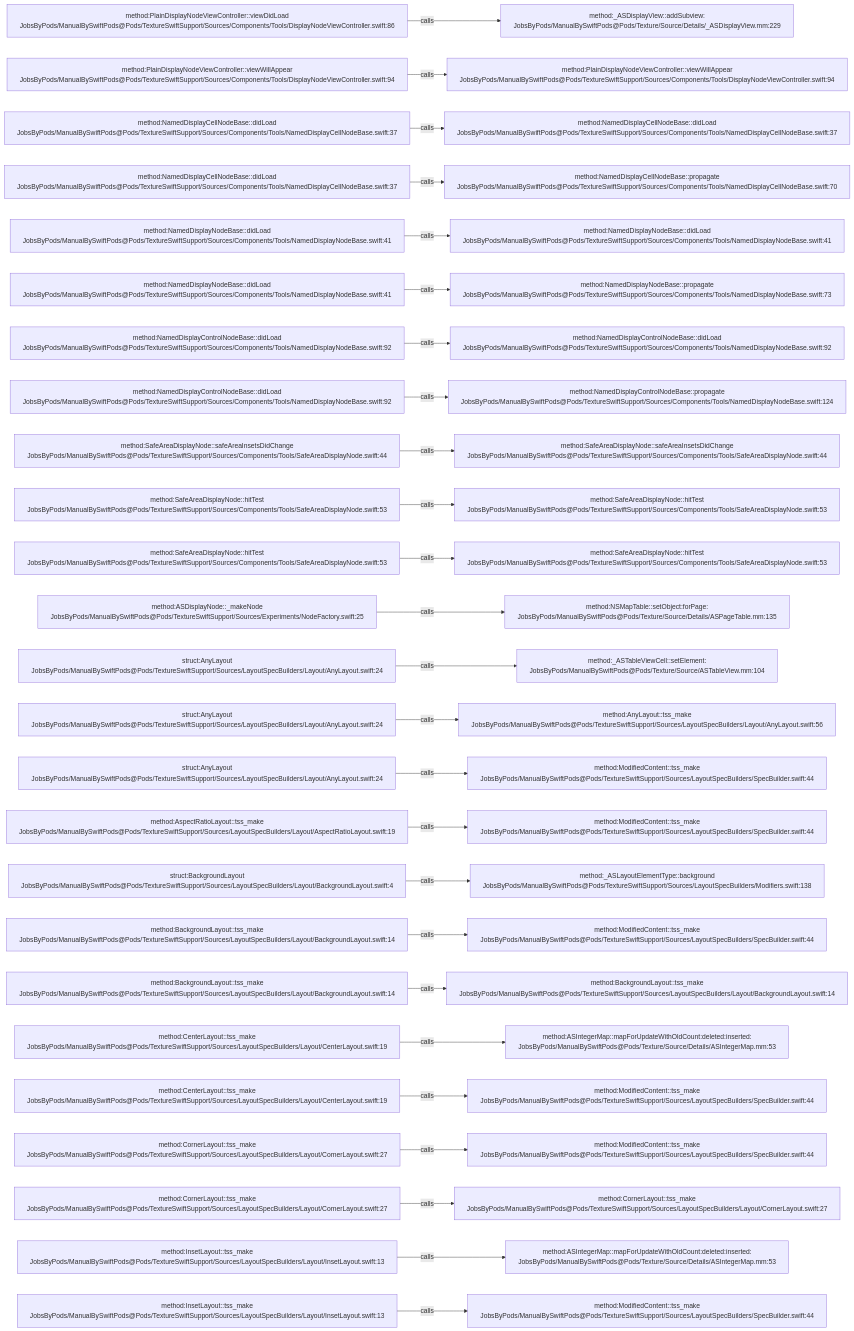
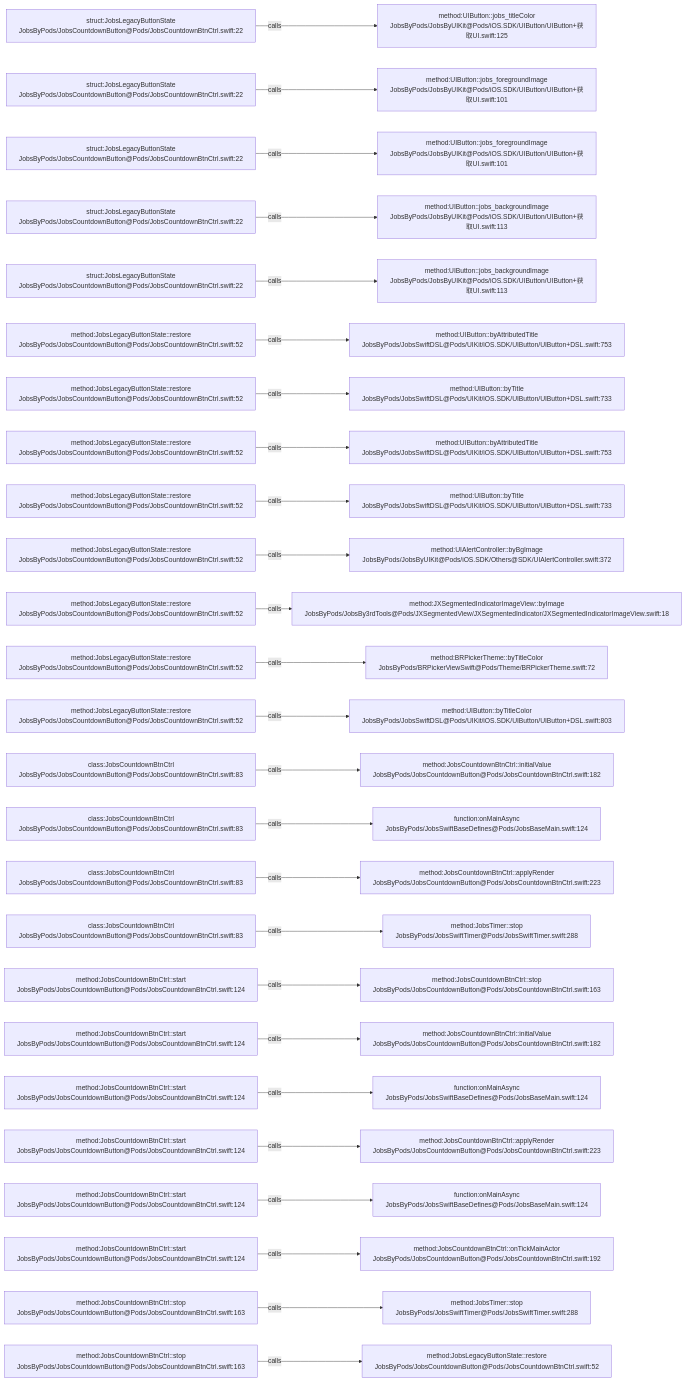
One commit to JobsKits/JobsSwiftBaseConfigDemo changed the diagram in .codegraph/codegraph.md/graphs/calls-156.md. Above: the diagram before and after it, drawn with Mermaid. The commit also changed 224 other files, not shown here.

````diff
--- a/.codegraph/codegraph.md/graphs/calls-156.md
+++ b/.codegraph/codegraph.md/graphs/calls-156.md
@@ -13,78 +13,78 @@
 ```mermaid
 flowchart LR
-  S1["method:PlainDisplayNodeViewController::viewDidLoad<br/>JobsByPods/ManualBySwiftPods@Pods/TextureSwiftSupport/Sources/Components/Tools/DisplayNodeViewController.swift:86"]
-  T1["method:_ASDisplayView::addSubview:<br/>JobsByPods/ManualBySwiftPods@Pods/Texture/Source/Details/_ASDisplayView.mm:229"]
+  S1["struct:JobsLegacyButtonState<br/>JobsByPods/JobsCountdownButton@Pods/JobsCountdownBtnCtrl.swift:22"]
+  T1["method:UIButton::jobs_titleColor<br/>JobsByPods/JobsByUIKit@Pods/iOS.SDK/UIButton/UIButton+获取UI.swift:125"]
   S1 -->|calls| T1
-  S2["method:PlainDisplayNodeViewController::viewWillAppear<br/>JobsByPods/ManualBySwiftPods@Pods/TextureSwiftSupport/Sources/Components/Tools/DisplayNodeViewController.swift:94"]
-  T2["method:PlainDisplayNodeViewController::viewWillAppear<br/>JobsByPods/ManualBySwiftPods@Pods/TextureSwiftSupport/Sources/Components/Tools/DisplayNodeViewController.swift:94"]
+  S2["struct:JobsLegacyButtonState<br/>JobsByPods/JobsCountdownButton@Pods/JobsCountdownBtnCtrl.swift:22"]
+  T2["method:UIButton::jobs_foregroundImage<br/>JobsByPods/JobsByUIKit@Pods/iOS.SDK/UIButton/UIButton+获取UI.swift:101"]
   S2 -->|calls| T2
-  S3["method:NamedDisplayCellNodeBase::didLoad<br/>JobsByPods/ManualBySwiftPods@Pods/TextureSwiftSupport/Sources/Components/Tools/NamedDisplayCellNodeBase.swift:37"]
-  T3["method:NamedDisplayCellNodeBase::didLoad<br/>JobsByPods/ManualBySwiftPods@Pods/TextureSwiftSupport/Sources/Components/Tools/NamedDisplayCellNodeBase.swift:37"]
+  S3["struct:JobsLegacyButtonState<br/>JobsByPods/JobsCountdownButton@Pods/JobsCountdownBtnCtrl.swift:22"]
+  T3["method:UIButton::jobs_foregroundImage<br/>JobsByPods/JobsByUIKit@Pods/iOS.SDK/UIButton/UIButton+获取UI.swift:101"]
   S3 -->|calls| T3
-  S4["method:NamedDisplayCellNodeBase::didLoad<br/>JobsByPods/ManualBySwiftPods@Pods/TextureSwiftSupport/Sources/Components/Tools/NamedDisplayCellNodeBase.swift:37"]
-  T4["method:NamedDisplayCellNodeBase::propagate<br/>JobsByPods/ManualBySwiftPods@Pods/TextureSwiftSupport/Sources/Components/Tools/NamedDisplayCellNodeBase.swift:70"]
+  S4["struct:JobsLegacyButtonState<br/>JobsByPods/JobsCountdownButton@Pods/JobsCountdownBtnCtrl.swift:22"]
+  T4["method:UIButton::jobs_backgroundImage<br/>JobsByPods/JobsByUIKit@Pods/iOS.SDK/UIButton/UIButton+获取UI.swift:113"]
   S4 -->|calls| T4
-  S5["method:NamedDisplayNodeBase::didLoad<br/>JobsByPods/ManualBySwiftPods@Pods/TextureSwiftSupport/Sources/Components/Tools/NamedDisplayNodeBase.swift:41"]
-  T5["method:NamedDisplayNodeBase::didLoad<br/>JobsByPods/ManualBySwiftPods@Pods/TextureSwiftSupport/Sources/Components/Tools/NamedDisplayNodeBase.swift:41"]
+  S5["struct:JobsLegacyButtonState<br/>JobsByPods/JobsCountdownButton@Pods/JobsCountdownBtnCtrl.swift:22"]
+  T5["method:UIButton::jobs_backgroundImage<br/>JobsByPods/JobsByUIKit@Pods/iOS.SDK/UIButton/UIButton+获取UI.swift:113"]
   S5 -->|calls| T5
-  S6["method:NamedDisplayNodeBase::didLoad<br/>JobsByPods/ManualBySwiftPods@Pods/TextureSwiftSupport/Sources/Components/Tools/NamedDisplayNodeBase.swift:41"]
-  T6["method:NamedDisplayNodeBase::propagate<br/>JobsByPods/ManualBySwiftPods@Pods/TextureSwiftSupport/Sources/Components/Tools/NamedDisplayNodeBase.swift:73"]
+  S6["method:JobsLegacyButtonState::restore<br/>JobsByPods/JobsCountdownButton@Pods/JobsCountdownBtnCtrl.swift:52"]
+  T6["method:UIButton::byAttributedTitle<br/>JobsByPods/JobsSwiftDSL@Pods/UIKit/iOS.SDK/UIButton/UIButton+DSL.swift:753"]
   S6 -->|calls| T6
-  S7["method:NamedDisplayControlNodeBase::didLoad<br/>JobsByPods/ManualBySwiftPods@Pods/TextureSwiftSupport/Sources/Components/Tools/NamedDisplayNodeBase.swift:92"]
-  T7["method:NamedDisplayControlNodeBase::didLoad<br/>JobsByPods/ManualBySwiftPods@Pods/TextureSwiftSupport/Sources/Components/Tools/NamedDisplayNodeBase.swift:92"]
+  S7["method:JobsLegacyButtonState::restore<br/>JobsByPods/JobsCountdownButton@Pods/JobsCountdownBtnCtrl.swift:52"]
+  T7["method:UIButton::byTitle<br/>JobsByPods/JobsSwiftDSL@Pods/UIKit/iOS.SDK/UIButton/UIButton+DSL.swift:733"]
   S7 -->|calls| T7
-  S8["method:NamedDisplayControlNodeBase::didLoad<br/>JobsByPods/ManualBySwiftPods@Pods/TextureSwiftSupport/Sources/Components/Tools/NamedDisplayNodeBase.swift:92"]
-  T8["method:NamedDisplayControlNodeBase::propagate<br/>JobsByPods/ManualBySwiftPods@Pods/TextureSwiftSupport/Sources/Components/Tools/NamedDisplayNodeBase.swift:124"]
+  S8["method:JobsLegacyButtonState::restore<br/>JobsByPods/JobsCountdownButton@Pods/JobsCountdownBtnCtrl.swift:52"]
+  T8["method:UIButton::byAttributedTitle<br/>JobsByPods/JobsSwiftDSL@Pods/UIKit/iOS.SDK/UIButton/UIButton+DSL.swift:753"]
   S8 -->|calls| T8
-  S9["method:SafeAreaDisplayNode::safeAreaInsetsDidChange<br/>JobsByPods/ManualBySwiftPods@Pods/TextureSwiftSupport/Sources/Components/Tools/SafeAreaDisplayNode.swift:44"]
-  T9["method:SafeAreaDisplayNode::safeAreaInsetsDidChange<br/>JobsByPods/ManualBySwiftPods@Pods/TextureSwiftSupport/Sources/Components/Tools/SafeAreaDisplayNode.swift:44"]
+  S9["method:JobsLegacyButtonState::restore<br/>JobsByPods/JobsCountdownButton@Pods/JobsCountdownBtnCtrl.swift:52"]
+  T9["method:UIButton::byTitle<br/>JobsByPods/JobsSwiftDSL@Pods/UIKit/iOS.SDK/UIButton/UIButton+DSL.swift:733"]
   S9 -->|calls| T9
-  S10["method:SafeAreaDisplayNode::hitTest<br/>JobsByPods/ManualBySwiftPods@Pods/TextureSwiftSupport/Sources/Components/Tools/SafeAreaDisplayNode.swift:53"]
-  T10["method:SafeAreaDisplayNode::hitTest<br/>JobsByPods/ManualBySwiftPods@Pods/TextureSwiftSupport/Sources/Components/Tools/SafeAreaDisplayNode.swift:53"]
+  S10["method:JobsLegacyButtonState::restore<br/>JobsByPods/JobsCountdownButton@Pods/JobsCountdownBtnCtrl.swift:52"]
+  T10["method:UIAlertController::byBgImage<br/>JobsByPods/JobsByUIKit@Pods/iOS.SDK/Others@SDK/UIAlertController.swift:372"]
   S10 -->|calls| T10
-  S11["method:SafeAreaDisplayNode::hitTest<br/>JobsByPods/ManualBySwiftPods@Pods/TextureSwiftSupport/Sources/Components/Tools/SafeAreaDisplayNode.swift:53"]
-  T11["method:SafeAreaDisplayNode::hitTest<br/>JobsByPods/ManualBySwiftPods@Pods/TextureSwiftSupport/Sources/Components/Tools/SafeAreaDisplayNode.swift:53"]
+  S11["method:JobsLegacyButtonState::restore<br/>JobsByPods/JobsCountdownButton@Pods/JobsCountdownBtnCtrl.swift:52"]
+  T11["method:JXSegmentedIndicatorImageView::byImage<br/>JobsByPods/JobsBy3rdTools@Pods/JXSegmentedView/JXSegmentedIndicator/JXSegmentedIndicatorImageView.swift:18"]
   S11 -->|calls| T11
-  S12["method:ASDisplayNode::_makeNode<br/>JobsByPods/ManualBySwiftPods@Pods/TextureSwiftSupport/Sources/Experiments/NodeFactory.swift:25"]
-  T12["method:NSMapTable::setObject:forPage:<br/>JobsByPods/ManualBySwiftPods@Pods/Texture/Source/Details/ASPageTable.mm:135"]
+  S12["method:JobsLegacyButtonState::restore<br/>JobsByPods/JobsCountdownButton@Pods/JobsCountdownBtnCtrl.swift:52"]
+  T12["method:BRPickerTheme::byTitleColor<br/>JobsByPods/BRPickerViewSwift@Pods/Theme/BRPickerTheme.swift:72"]
   S12 -->|calls| T12
-  S13["struct:AnyLayout<br/>JobsByPods/ManualBySwiftPods@Pods/TextureSwiftSupport/Sources/LayoutSpecBuilders/Layout/AnyLayout.swift:24"]
-  T13["method:_ASTableViewCell::setElement:<br/>JobsByPods/ManualBySwiftPods@Pods/Texture/Source/ASTableView.mm:104"]
+  S13["method:JobsLegacyButtonState::restore<br/>JobsByPods/JobsCountdownButton@Pods/JobsCountdownBtnCtrl.swift:52"]
+  T13["method:UIButton::byTitleColor<br/>JobsByPods/JobsSwiftDSL@Pods/UIKit/iOS.SDK/UIButton/UIButton+DSL.swift:803"]
   S13 -->|calls| T13
-  S14["struct:AnyLayout<br/>JobsByPods/ManualBySwiftPods@Pods/TextureSwiftSupport/Sources/LayoutSpecBuilders/Layout/AnyLayout.swift:24"]
-  T14["method:AnyLayout::tss_make<br/>JobsByPods/ManualBySwiftPods@Pods/TextureSwiftSupport/Sources/LayoutSpecBuilders/Layout/AnyLayout.swift:56"]
+  S14["class:JobsCountdownBtnCtrl<br/>JobsByPods/JobsCountdownButton@Pods/JobsCountdownBtnCtrl.swift:83"]
+  T14["method:JobsCountdownBtnCtrl::initialValue<br/>JobsByPods/JobsCountdownButton@Pods/JobsCountdownBtnCtrl.swift:182"]
   S14 -->|calls| T14
-  S15["struct:AnyLayout<br/>JobsByPods/ManualBySwiftPods@Pods/TextureSwiftSupport/Sources/LayoutSpecBuilders/Layout/AnyLayout.swift:24"]
-  T15["method:ModifiedContent::tss_make<br/>JobsByPods/ManualBySwiftPods@Pods/TextureSwiftSupport/Sources/LayoutSpecBuilders/SpecBuilder.swift:44"]
+  S15["class:JobsCountdownBtnCtrl<br/>JobsByPods/JobsCountdownButton@Pods/JobsCountdownBtnCtrl.swift:83"]
+  T15["function:onMainAsync<br/>JobsByPods/JobsSwiftBaseDefines@Pods/JobsBaseMain.swift:124"]
   S15 -->|calls| T15
-  S16["method:AspectRatioLayout::tss_make<br/>JobsByPods/ManualBySwiftPods@Pods/TextureSwiftSupport/Sources/LayoutSpecBuilders/Layout/AspectRatioLayout.swift:19"]
-  T16["method:ModifiedContent::tss_make<br/>JobsByPods/ManualBySwiftPods@Pods/TextureSwiftSupport/Sources/LayoutSpecBuilders/SpecBuilder.swift:44"]
+  S16["class:JobsCountdownBtnCtrl<br/>JobsByPods/JobsCountdownButton@Pods/JobsCountdownBtnCtrl.swift:83"]
+  T16["method:JobsCountdownBtnCtrl::applyRender<br/>JobsByPods/JobsCountdownButton@Pods/JobsCountdownBtnCtrl.swift:223"]
   S16 -->|calls| T16
-  S17["struct:BackgroundLayout<br/>JobsByPods/ManualBySwiftPods@Pods/TextureSwiftSupport/Sources/LayoutSpecBuilders/Layout/BackgroundLayout.swift:4"]
-  T17["method:_ASLayoutElementType::background<br/>JobsByPods/ManualBySwiftPods@Pods/TextureSwiftSupport/Sources/LayoutSpecBuilders/Modifiers.swift:138"]
+  S17["class:JobsCountdownBtnCtrl<br/>JobsByPods/JobsCountdownButton@Pods/JobsCountdownBtnCtrl.swift:83"]
+  T17["method:JobsTimer::stop<br/>JobsByPods/JobsSwiftTimer@Pods/JobsSwiftTimer.swift:288"]
   S17 -->|calls| T17
-  S18["method:BackgroundLayout::tss_make<br/>JobsByPods/ManualBySwiftPods@Pods/TextureSwiftSupport/Sources/LayoutSpecBuilders/Layout/BackgroundLayout.swift:14"]
-  T18["method:ModifiedContent::tss_make<br/>JobsByPods/ManualBySwiftPods@Pods/TextureSwiftSupport/Sources/LayoutSpecBuilders/SpecBuilder.swift:44"]
+  S18["method:JobsCountdownBtnCtrl::start<br/>JobsByPods/JobsCountdownButton@Pods/JobsCountdownBtnCtrl.swift:124"]
+  T18["method:JobsCountdownBtnCtrl::stop<br/>JobsByPods/JobsCountdownButton@Pods/JobsCountdownBtnCtrl.swift:163"]
   S18 -->|calls| T18
-  S19["method:BackgroundLayout::tss_make<br/>JobsByPods/ManualBySwiftPods@Pods/TextureSwiftSupport/Sources/LayoutSpecBuilders/Layout/BackgroundLayout.swift:14"]
-  T19["method:BackgroundLayout::tss_make<br/>JobsByPods/ManualBySwiftPods@Pods/TextureSwiftSupport/Sources/LayoutSpecBuilders/Layout/BackgroundLayout.swift:14"]
+  S19["method:JobsCountdownBtnCtrl::start<br/>JobsByPods/JobsCountdownButton@Pods/JobsCountdownBtnCtrl.swift:124"]
+  T19["method:JobsCountdownBtnCtrl::initialValue<br/>JobsByPods/JobsCountdownButton@Pods/JobsCountdownBtnCtrl.swift:182"]
   S19 -->|calls| T19
-  S20["method:CenterLayout::tss_make<br/>JobsByPods/ManualBySwiftPods@Pods/TextureSwiftSupport/Sources/LayoutSpecBuilders/Layout/CenterLayout.swift:19"]
-  T20["method:ASIntegerMap::mapForUpdateWithOldCount:deleted:inserted:<br/>JobsByPods/ManualBySwiftPods@Pods/Texture/Source/Details/ASIntegerMap.mm:53"]
+  S20["method:JobsCountdownBtnCtrl::start<br/>JobsByPods/JobsCountdownButton@Pods/JobsCountdownBtnCtrl.swift:124"]
+  T20["function:onMainAsync<br/>JobsByPods/JobsSwiftBaseDefines@Pods/JobsBaseMain.swift:124"]
   S20 -->|calls| T20
-  S21["method:CenterLayout::tss_make<br/>JobsByPods/ManualBySwiftPods@Pods/TextureSwiftSupport/Sources/LayoutSpecBuilders/Layout/CenterLayout.swift:19"]
-  T21["method:ModifiedContent::tss_make<br/>JobsByPods/ManualBySwiftPods@Pods/TextureSwiftSupport/Sources/LayoutSpecBuilders/SpecBuilder.swift:44"]
+  S21["method:JobsCountdownBtnCtrl::start<br/>JobsByPods/JobsCountdownButton@Pods/JobsCountdownBtnCtrl.swift:124"]
+  T21["method:JobsCountdownBtnCtrl::applyRender<br/>JobsByPods/JobsCountdownButton@Pods/JobsCountdownBtnCtrl.swift:223"]
   S21 -->|calls| T21
-  S22["method:CornerLayout::tss_make<br/>JobsByPods/ManualBySwiftPods@Pods/TextureSwiftSupport/Sources/LayoutSpecBuilders/Layout/CornerLayout.swift:27"]
-  T22["method:ModifiedContent::tss_make<br/>JobsByPods/ManualBySwiftPods@Pods/TextureSwiftSupport/Sources/LayoutSpecBuilders/SpecBuilder.swift:44"]
+  S22["method:JobsCountdownBtnCtrl::start<br/>JobsByPods/JobsCountdownButton@Pods/JobsCountdownBtnCtrl.swift:124"]
+  T22["function:onMainAsync<br/>JobsByPods/JobsSwiftBaseDefines@Pods/JobsBaseMain.swift:124"]
   S22 -->|calls| T22
-  S23["method:CornerLayout::tss_make<br/>JobsByPods/ManualBySwiftPods@Pods/TextureSwiftSupport/Sources/LayoutSpecBuilders/Layout/CornerLayout.swift:27"]
-  T23["method:CornerLayout::tss_make<br/>JobsByPods/ManualBySwiftPods@Pods/TextureSwiftSupport/Sources/LayoutSpecBuilders/Layout/CornerLayout.swift:27"]
+  S23["method:JobsCountdownBtnCtrl::start<br/>JobsByPods/JobsCountdownButton@Pods/JobsCountdownBtnCtrl.swift:124"]
+  T23["method:JobsCountdownBtnCtrl::onTickMainActor<br/>JobsByPods/JobsCountdownButton@Pods/JobsCountdownBtnCtrl.swift:192"]
   S23 -->|calls| T23
-  S24["method:InsetLayout::tss_make<br/>JobsByPods/ManualBySwiftPods@Pods/TextureSwiftSupport/Sources/LayoutSpecBuilders/Layout/InsetLayout.swift:13"]
-  T24["method:ASIntegerMap::mapForUpdateWithOldCount:deleted:inserted:<br/>JobsByPods/ManualBySwiftPods@Pods/Texture/Source/Details/ASIntegerMap.mm:53"]
+  S24["method:JobsCountdownBtnCtrl::stop<br/>JobsByPods/JobsCountdownButton@Pods/JobsCountdownBtnCtrl.swift:163"]
+  T24["method:JobsTimer::stop<br/>JobsByPods/JobsSwiftTimer@Pods/JobsSwiftTimer.swift:288"]
   S24 -->|calls| T24
-  S25["method:InsetLayout::tss_make<br/>JobsByPods/ManualBySwiftPods@Pods/TextureSwiftSupport/Sources/LayoutSpecBuilders/Layout/InsetLayout.swift:13"]
-  T25["method:ModifiedContent::tss_make<br/>JobsByPods/ManualBySwiftPods@Pods/TextureSwiftSupport/Sources/LayoutSpecBuilders/SpecBuilder.swift:44"]
+  S25["method:JobsCountdownBtnCtrl::stop<br/>JobsByPods/JobsCountdownButton@Pods/JobsCountdownBtnCtrl.swift:163"]
+  T25["method:JobsLegacyButtonState::restore<br/>JobsByPods/JobsCountdownButton@Pods/JobsCountdownBtnCtrl.swift:52"]
   S25 -->|calls| T25
 ```
````
